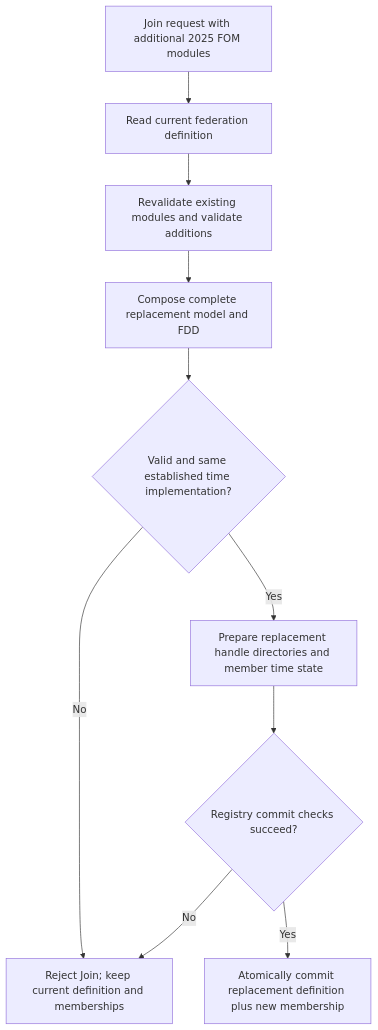
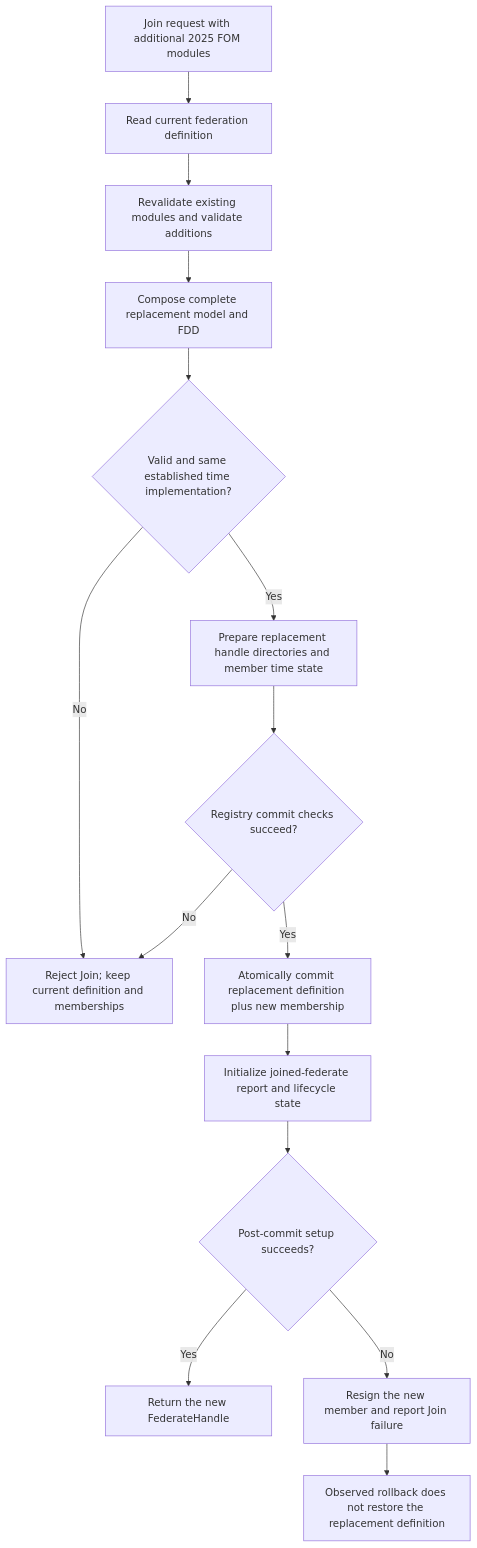
One commit to sheepfling/umbra changed the third of 5 diagrams in docs/design/HLA-2025-FOM-MODULE-ADMISSION-AND-COMPOSITION-FLOW-GUIDE.md. Above: the diagram before and after it, drawn with Mermaid. The commit also changed other lines of this file and 822 other files, not shown here.

````diff
--- a/docs/design/HLA-2025-FOM-MODULE-ADMISSION-AND-COMPOSITION-FLOW-GUIDE.md
+++ b/docs/design/HLA-2025-FOM-MODULE-ADMISSION-AND-COMPOSITION-FLOW-GUIDE.md
@@ -128,12 +187,17 @@
 ```mermaid
 flowchart TD
   A[Join request with additional 2025 FOM modules] --> B[Read current federation definition]
   B --> C[Revalidate existing modules and validate additions]
   C --> D[Compose complete replacement model and FDD]
   D --> E{Valid and same established time implementation?}
   E -- No --> F[Reject Join; keep current definition and memberships]
   E -- Yes --> G[Prepare replacement handle directories and member time state]
   G --> H{Registry commit checks succeed?}
   H -- No --> F
   H -- Yes --> I[Atomically commit replacement definition plus new membership]
+  I --> J[Initialize joined-federate report and lifecycle state]
+  J --> K{Post-commit setup succeeds?}
+  K -- Yes --> L[Return the new FederateHandle]
+  K -- No --> M[Resign the new member and report Join failure]
+  M --> N[Observed rollback does not restore the replacement definition]
 ```
````
